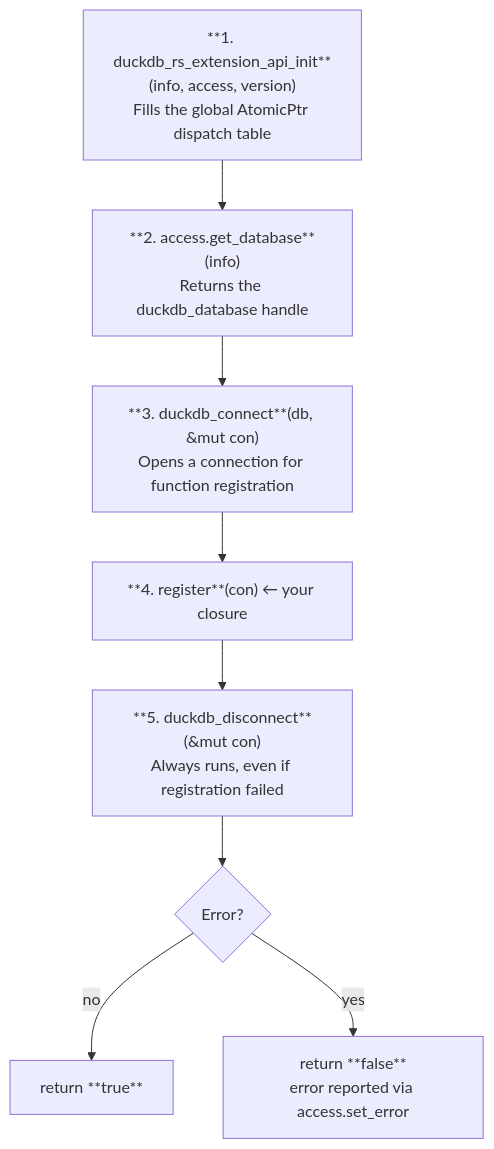
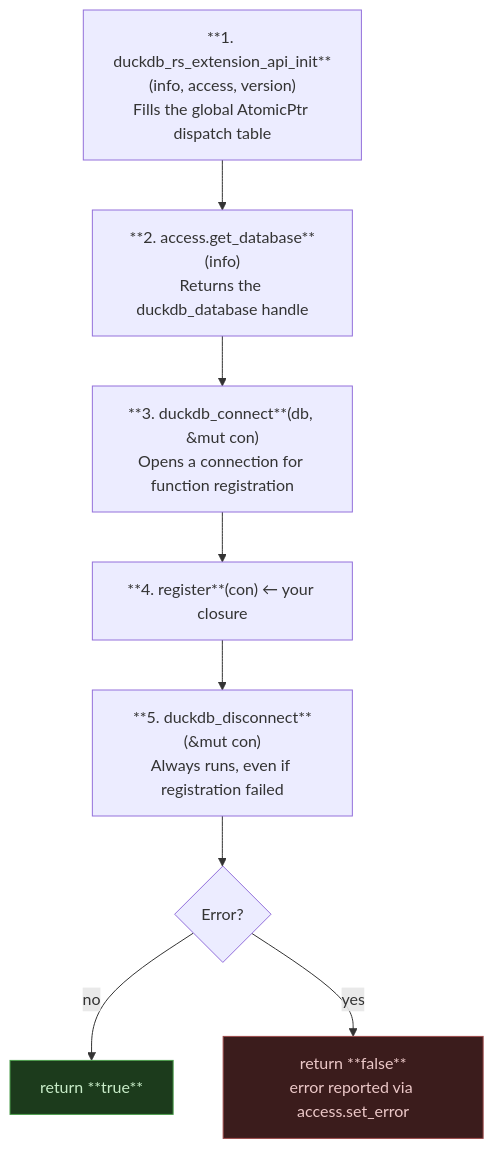
Before and after one commit to tomtom215/quack-rs: the diagram in book/src/concepts/entry-point.md, drawn with Mermaid. The commit also changed 3 other files, not shown here.

First line of the commit message:
docs: redesign architecture diagram and polish all mermaid diagrams

````diff
--- a/book/src/concepts/entry-point.md
+++ b/book/src/concepts/entry-point.md
@@ -74,15 +74,18 @@
 ```mermaid
 flowchart TD
     A["**1. duckdb_rs_extension_api_init**(info, access, version)<br/>Fills the global AtomicPtr dispatch table"]
     B["**2. access.get_database**(info)<br/>Returns the duckdb_database handle"]
     C["**3. duckdb_connect**(db, &amp;mut con)<br/>Opens a connection for function registration"]
     D["**4. register**(con) ← your closure"]
     E["**5. duckdb_disconnect**(&amp;mut con)<br/>Always runs, even if registration failed"]
     F{Error?}
     G["return **true**"]
     H["return **false**<br/>error reported via access.set_error"]
 
     A --> B --> C --> D --> E --> F
     F -->|no| G
     F -->|yes| H
+
+    style G fill:#1c3b1c,stroke:#4a9e4a,color:#c8ecc8
+    style H fill:#3b1c1c,stroke:#9e4a4a,color:#ecc8c8
 ```
````
